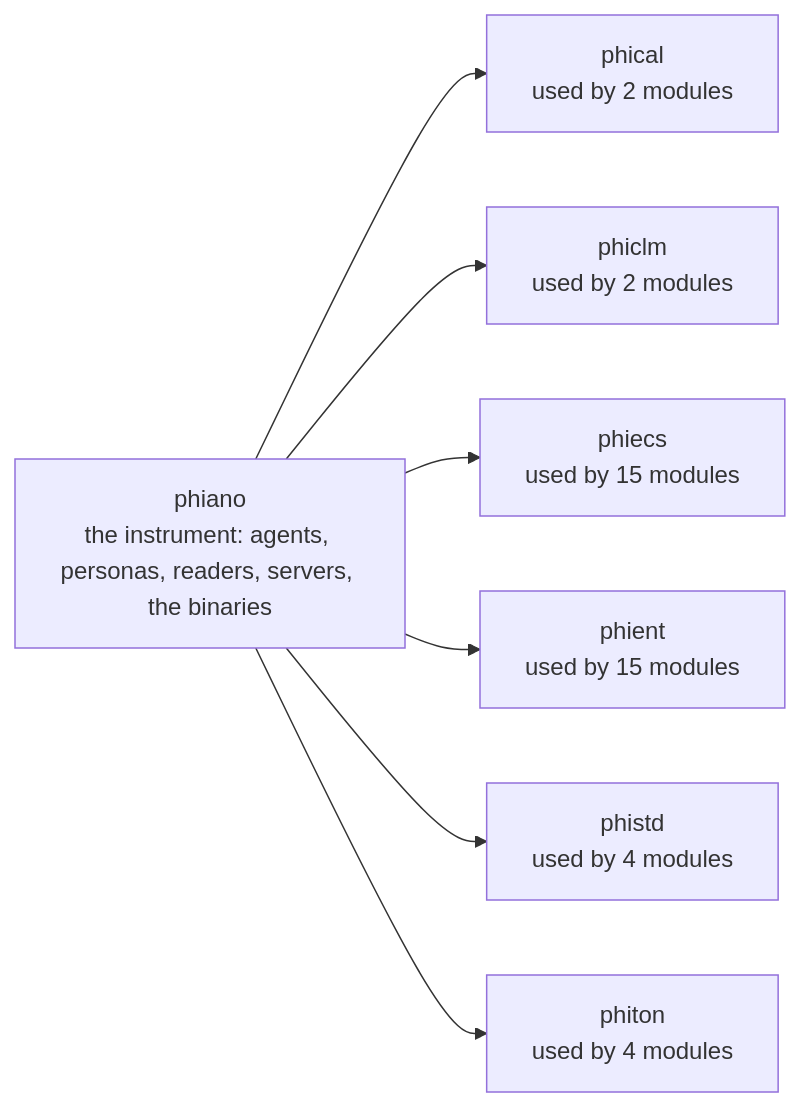
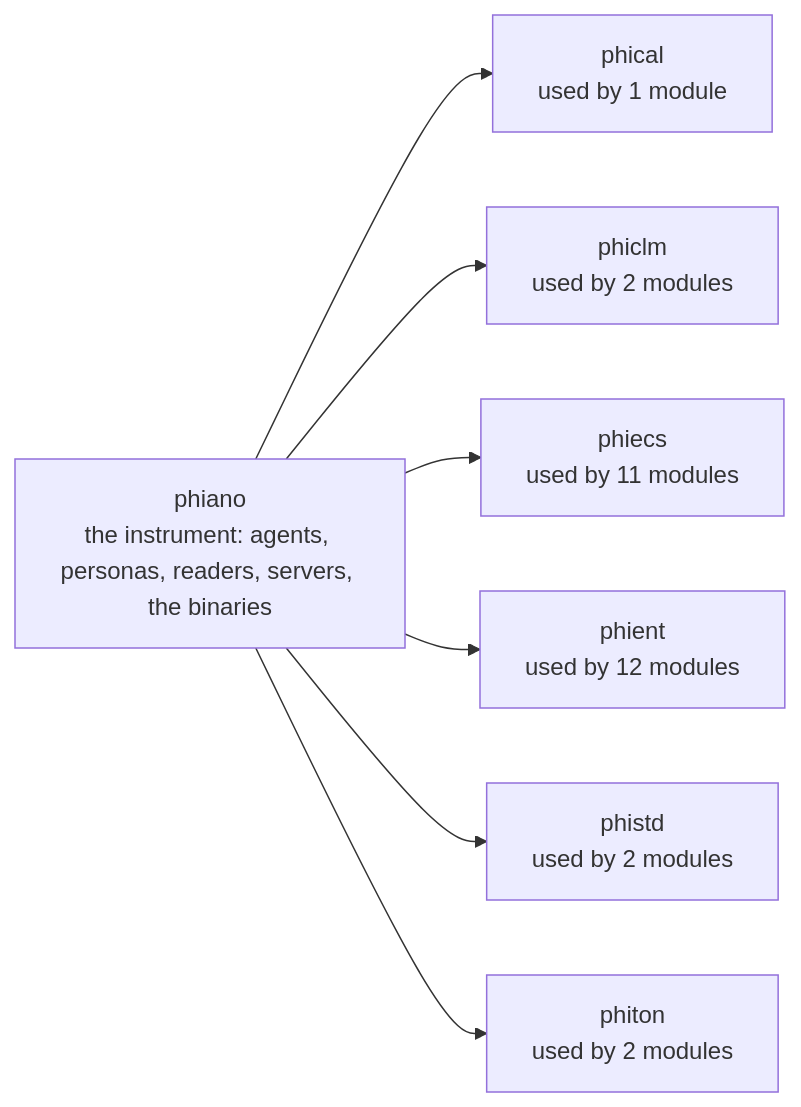
Before and after one commit to gemphi/phiano: the first of 3 diagrams in ARCHITECTURE.md, drawn with Mermaid. The commit also changed other lines of this file and 100 other files, not shown here.

````diff
--- a/ARCHITECTURE.md
+++ b/ARCHITECTURE.md
@@ -5,16 +5,16 @@
 ```mermaid
 graph LR
     C["phiano<br/>the instrument: agents, personas, readers, servers, the binaries"]
-    X_phical["phical<br/>used by 2 modules"]
+    X_phical["phical<br/>used by 1 module"]
     C --> X_phical
     X_phiclm["phiclm<br/>used by 2 modules"]
     C --> X_phiclm
-    X_phiecs["phiecs<br/>used by 15 modules"]
+    X_phiecs["phiecs<br/>used by 11 modules"]
     C --> X_phiecs
-    X_phient["phient<br/>used by 15 modules"]
+    X_phient["phient<br/>used by 12 modules"]
     C --> X_phient
-    X_phistd["phistd<br/>used by 4 modules"]
+    X_phistd["phistd<br/>used by 2 modules"]
     C --> X_phistd
-    X_phiton["phiton<br/>used by 4 modules"]
+    X_phiton["phiton<br/>used by 2 modules"]
     C --> X_phiton
 ```
````
